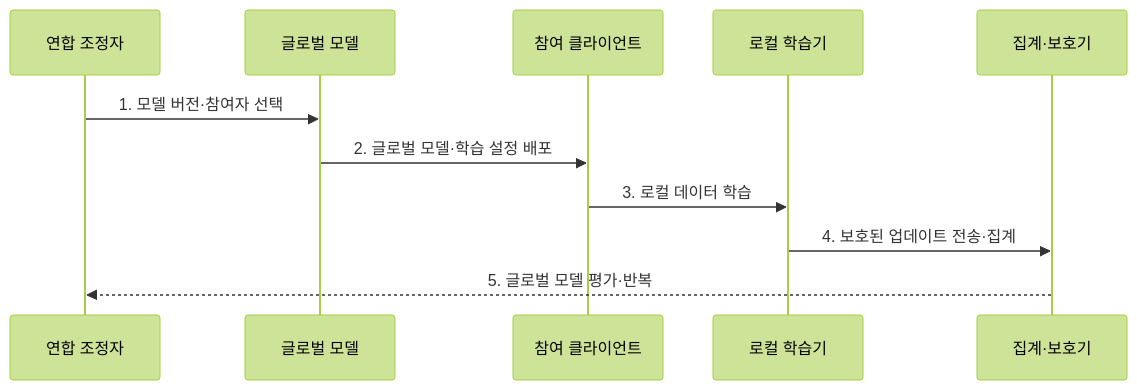
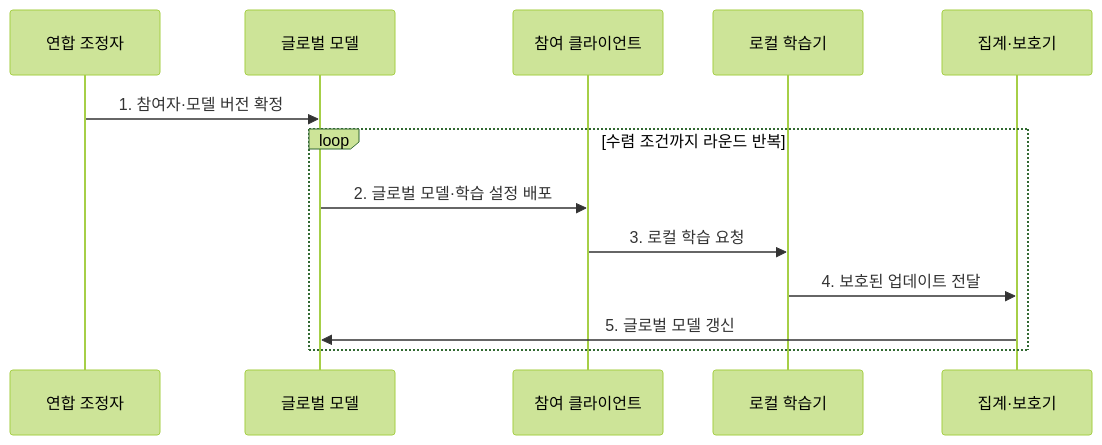
Before and after one commit to agnusdei1207/knowledge-base: the second of 2 diagrams in src/content/docs/notes/08-latest-tech/111_federated_learning.md, drawn with Mermaid (forest theme). The commit also changed other lines of this file and 225 other files, not shown here.

````diff
--- a/src/content/docs/notes/08-latest-tech/111_federated_learning.md
+++ b/src/content/docs/notes/08-latest-tech/111_federated_learning.md
@@ -77,13 +77,15 @@
 ```mermaid
 sequenceDiagram
     participant C as 연합 조정자
     participant G as 글로벌 모델
     participant P as 참여 클라이언트
     participant L as 로컬 학습기
     participant A as 집계·보호기
-    C->>G: 1. 모델 버전·참여자 선택
-    G->>P: 2. 글로벌 모델·학습 설정 배포
-    P->>L: 3. 로컬 데이터 학습
-    L->>A: 4. 보호된 업데이트 전송·집계
-    A-->>C: 5. 글로벌 모델 평가·반복
+    C->>G: 1. 참여자·모델 버전 확정
+    loop 수렴 조건까지 라운드 반복
+        G->>P: 2. 글로벌 모델·학습 설정 배포
+        P->>L: 3. 로컬 학습 요청
+        L->>A: 4. 보호된 업데이트 전달
+        A->>G: 5. 글로벌 모델 갱신
+    end
 ```
````
